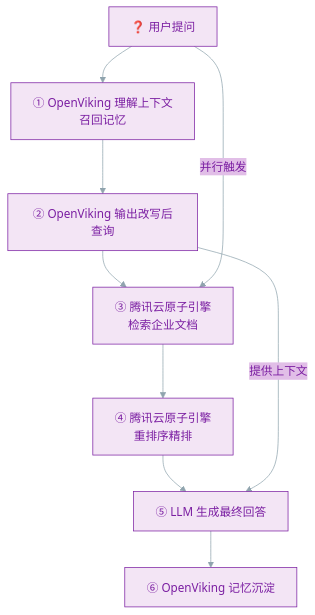
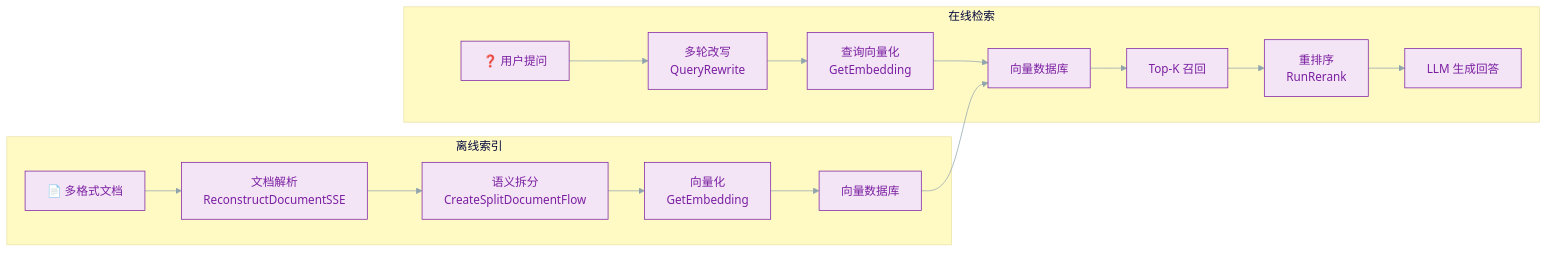
One commit to tanteng/blog changed the third of 3 diagrams in content/posts/ai-knowledge-base-rag-tencent-cloud-openviking.md. Above: the diagram before and after it, drawn with Mermaid. The commit also changed other lines of this file, not shown here.

Commit message:
重写：腾讯云知识引擎原子能力 RAG 实战，去掉 OpenViking 部分，聚焦原子引擎能力、场景与用法

````diff
--- a/content/posts/ai-knowledge-base-rag-tencent-cloud-openviking.md
+++ b/content/posts/ai-knowledge-base-rag-tencent-cloud-openviking.md
@@ -142,13 +258,21 @@
 ```mermaid
 %%{init: {'theme': 'base', 'themeVariables': {'primaryColor': '#f3e5f5', 'primaryTextColor': '#7b1fa2', 'primaryBorderColor': '#7b1fa2', 'lineColor': '#90a4ae', 'secondaryColor': '#e1bee7', 'tertiaryColor': '#fff9c4'}}}%%
-flowchart TD
-    Q["❓ 用户提问"] --> OV1
-    OV1["① OpenViking 理解上下文<br/>召回记忆"] --> OV2
-    OV2["② OpenViking 输出改写后查询"] --> TE3
-    TE3["③ 腾讯云原子引擎<br/>检索企业文档"] --> TE4
-    TE4["④ 腾讯云原子引擎<br/>重排序精排"] --> LLM
-    LLM["⑤ LLM 生成最终回答"] --> OV3
-    OV3["⑥ OpenViking 记忆沉淀"]
-    Q -->|"并行触发"| TE3
-    OV2 -->|"提供上下文"| LLM
+flowchart LR
+    subgraph 离线索引
+        A1["📄 多格式文档"] --> A2["文档解析<br/>ReconstructDocumentSSE"]
+        A2 --> A3["语义拆分<br/>CreateSplitDocumentFlow"]
+        A3 --> A4["向量化<br/>GetEmbedding"]
+        A4 --> A5["向量数据库"]
+    end
+
+    subgraph 在线检索
+        B1["❓ 用户提问"] --> B2["多轮改写<br/>QueryRewrite"]
+        B2 --> B3["查询向量化<br/>GetEmbedding"]
+        B3 --> B5["向量数据库"]
+        B5 --> B6["Top-K 召回"]
+        B6 --> B7["重排序<br/>RunRerank"]
+        B7 --> B8["LLM 生成回答"]
+    end
+
+    A5 --> B5
 ```
````
